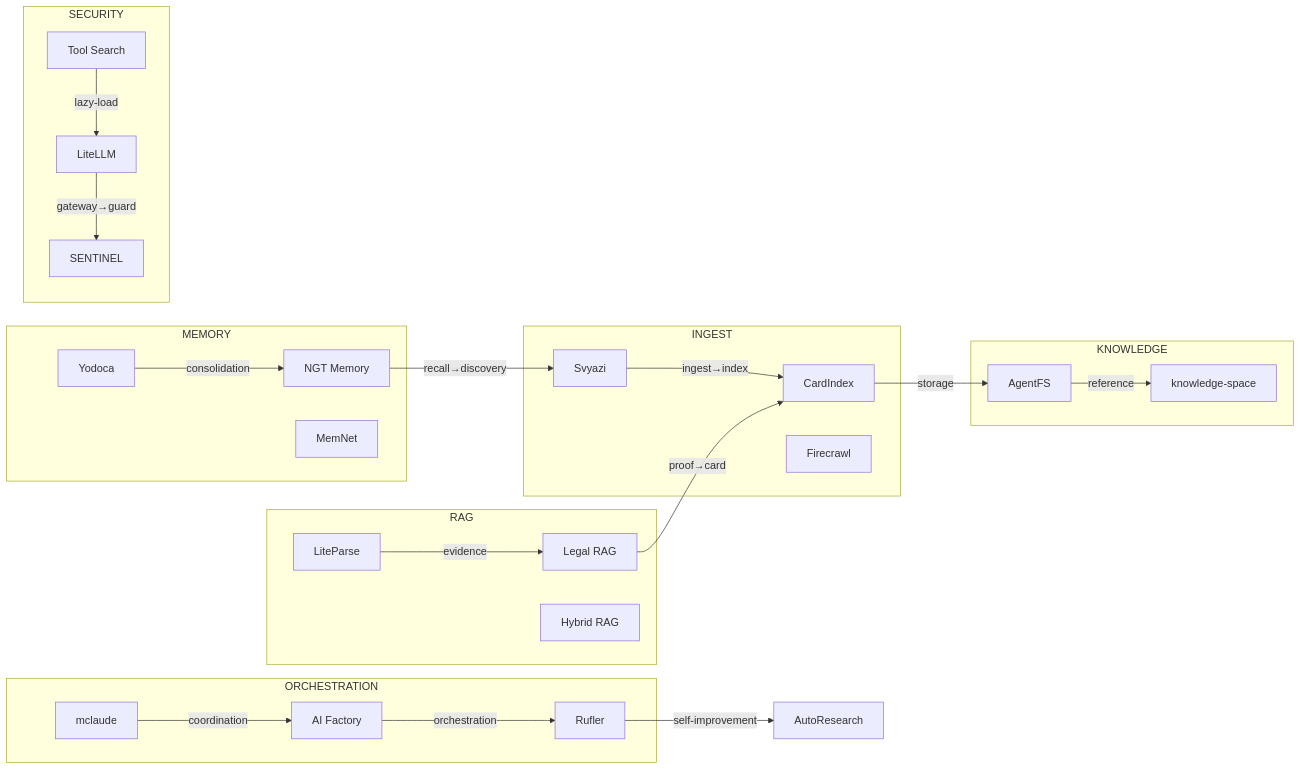
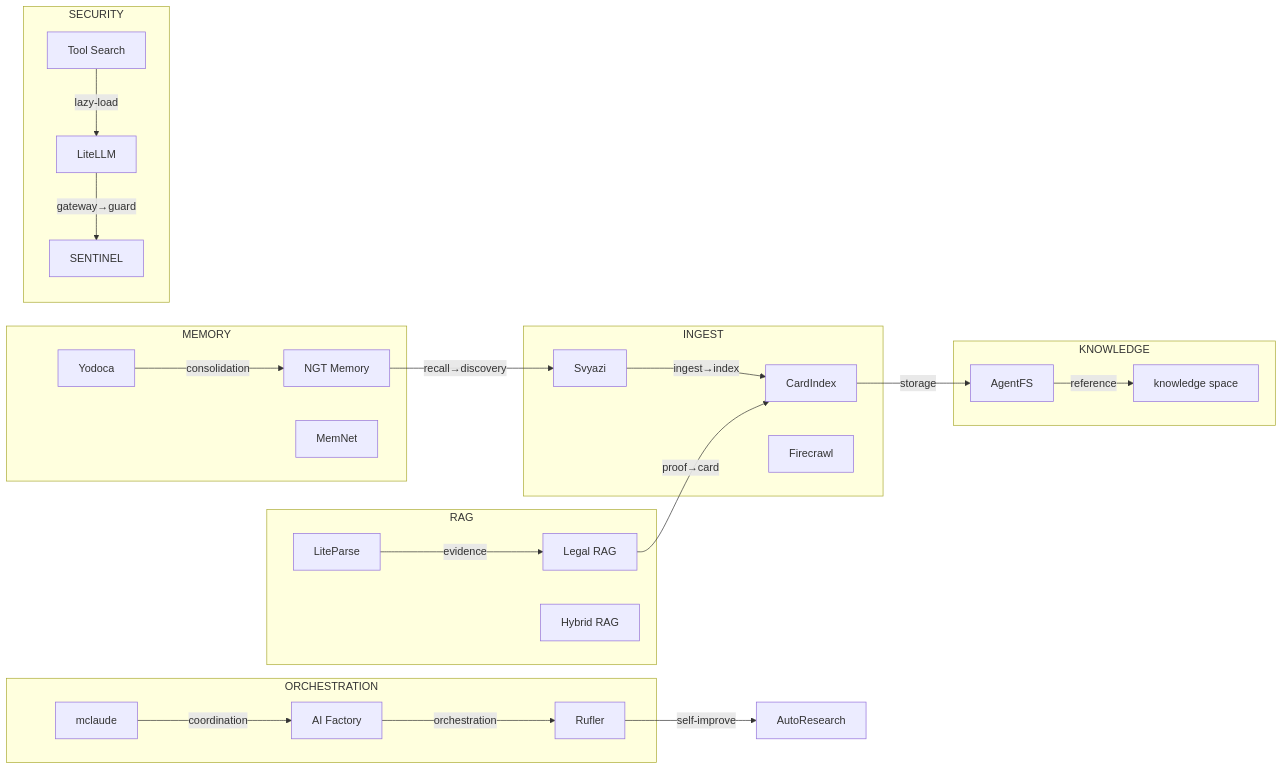
The second of 2 diagrams in docs/MINDMAP.md (svend4/lorenzo), drawn with Mermaid before and after one commit. The commit also changed other lines of this file and 243 other files, not shown here.

````diff
--- a/docs/MINDMAP.md
+++ b/docs/MINDMAP.md
@@ -62,44 +45,44 @@
 ```mermaid
 flowchart LR
   subgraph INGEST
     Svyazi[Svyazi]
     CardIndex[CardIndex]
     Firecrawl[Firecrawl]
   end
   subgraph KNOWLEDGE
     AgentFS[AgentFS]
-    knowledge-space[knowledge-space]
+    knowledge_space[knowledge space]
   end
   subgraph MEMORY
     Yodoca[Yodoca]
     NGT_Memory[NGT Memory]
     MemNet[MemNet]
   end
   subgraph RAG
     LiteParse[LiteParse]
     Legal_RAG[Legal RAG]
     Hybrid_RAG[Hybrid RAG]
   end
   subgraph ORCHESTRATION
     mclaude[mclaude]
     AI_Factory[AI Factory]
     Rufler[Rufler]
   end
   subgraph SECURITY
     LiteLLM[LiteLLM]
     SENTINEL[SENTINEL]
     Tool_Search[Tool Search]
   end
   Svyazi -->|ingest→index| CardIndex
   CardIndex -->|storage| AgentFS
-  AgentFS -->|reference| knowledge-space
+  AgentFS -->|reference| knowledge_space
   Yodoca -->|consolidation| NGT_Memory
   NGT_Memory -->|recall→discovery| Svyazi
   LiteParse -->|evidence| Legal_RAG
   Legal_RAG -->|proof→card| CardIndex
   mclaude -->|coordination| AI_Factory
   AI_Factory -->|orchestration| Rufler
-  Rufler -->|self-improvement| AutoResearch
+  Rufler -->|self-improve| AutoResearch
   LiteLLM -->|gateway→guard| SENTINEL
   Tool_Search -->|lazy-load| LiteLLM
 ```
````
